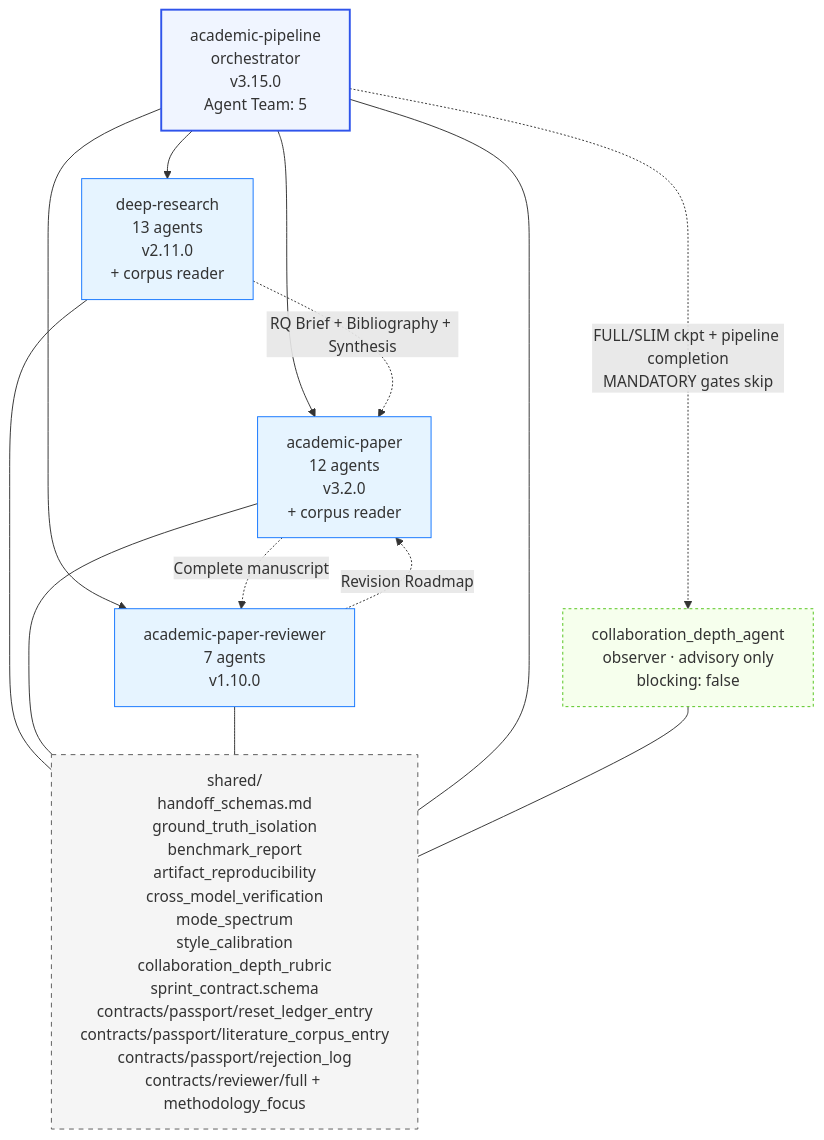
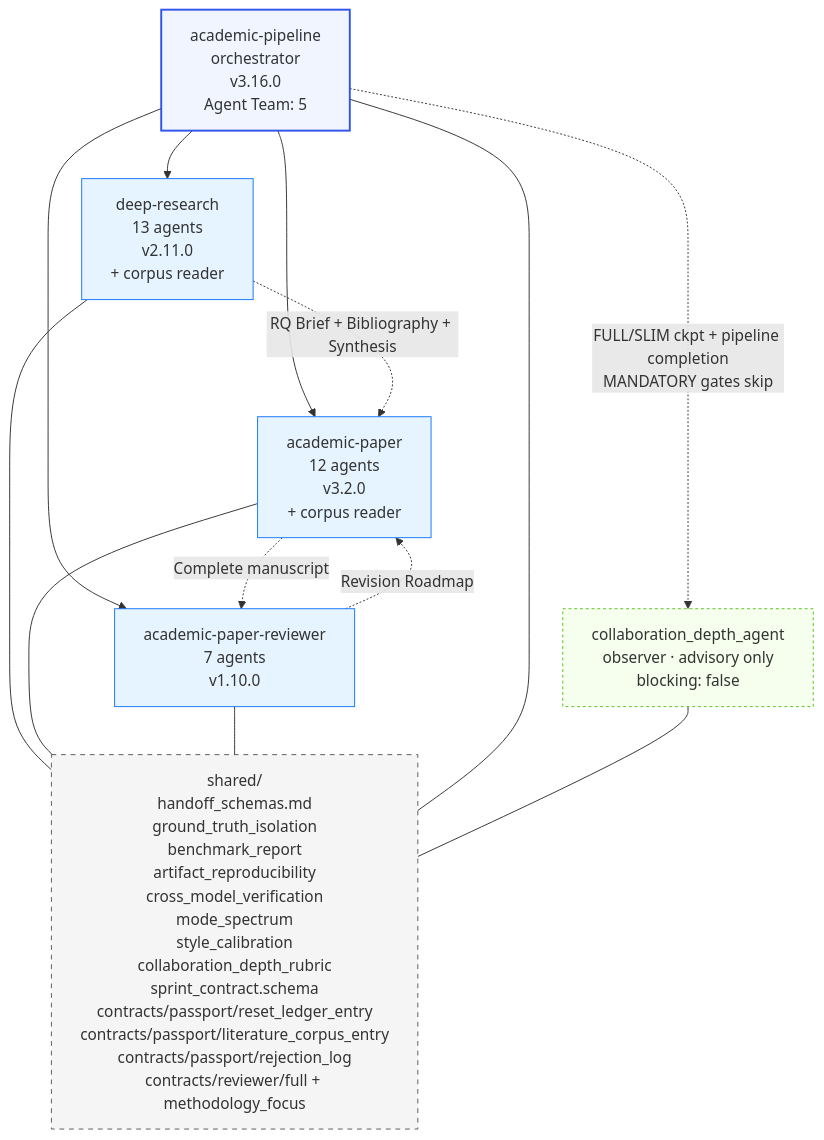
Before and after one commit to thereisnotime/skills-collection: the fourth of 5 diagrams in skills/Imbad0202--academic-research-skills/docs/ARCHITECTURE.md, drawn with Mermaid. The commit also changed other lines of this file and 2826 other files, not shown here.

Commit message:
sync: update skills repos, readme and charts

````diff
--- a/skills/Imbad0202--academic-research-skills/docs/ARCHITECTURE.md
+++ b/skills/Imbad0202--academic-research-skills/docs/ARCHITECTURE.md
@@ -201,31 +201,31 @@
 ```mermaid
 graph TD
-    Pipeline[academic-pipeline<br/>orchestrator<br/>v3.15.0<br/>Agent Team: 5]
+    Pipeline[academic-pipeline<br/>orchestrator<br/>v3.16.0<br/>Agent Team: 5]
     Observer[collaboration_depth_agent<br/>observer · advisory only<br/>blocking: false]
     DR[deep-research<br/>13 agents<br/>v2.11.0<br/>+ corpus reader]
     AP[academic-paper<br/>12 agents<br/>v3.2.0<br/>+ corpus reader]
     APR[academic-paper-reviewer<br/>7 agents<br/>v1.10.0]
     Shared[shared/<br/>handoff_schemas.md<br/>ground_truth_isolation<br/>benchmark_report<br/>artifact_reproducibility<br/>cross_model_verification<br/>mode_spectrum<br/>style_calibration<br/>collaboration_depth_rubric<br/>sprint_contract.schema<br/>contracts/passport/reset_ledger_entry<br/>contracts/passport/literature_corpus_entry<br/>contracts/passport/rejection_log<br/>contracts/reviewer/full + methodology_focus]
 
     Pipeline --> DR
     Pipeline --> AP
     Pipeline --> APR
     Pipeline -. "FULL/SLIM ckpt + pipeline completion<br/>MANDATORY gates skip" .-> Observer
     DR -. "RQ Brief + Bibliography + Synthesis" .-> AP
     AP -. "Complete manuscript" .-> APR
     APR -. "Revision Roadmap" .-> AP
     DR --- Shared
     AP --- Shared
     APR --- Shared
     Pipeline --- Shared
     Observer --- Shared
 
     classDef orch fill:#f0f5ff,stroke:#2f54eb,stroke-width:2px
     classDef skill fill:#e6f4ff,stroke:#1677ff
     classDef shared fill:#f5f5f5,stroke:#595959,stroke-dasharray:5 5
     classDef observer fill:#f6ffed,stroke:#52c41a,stroke-dasharray:3 3
     class Pipeline orch
     class DR,AP,APR skill
     class Shared shared
     class Observer observer
 ```
````
